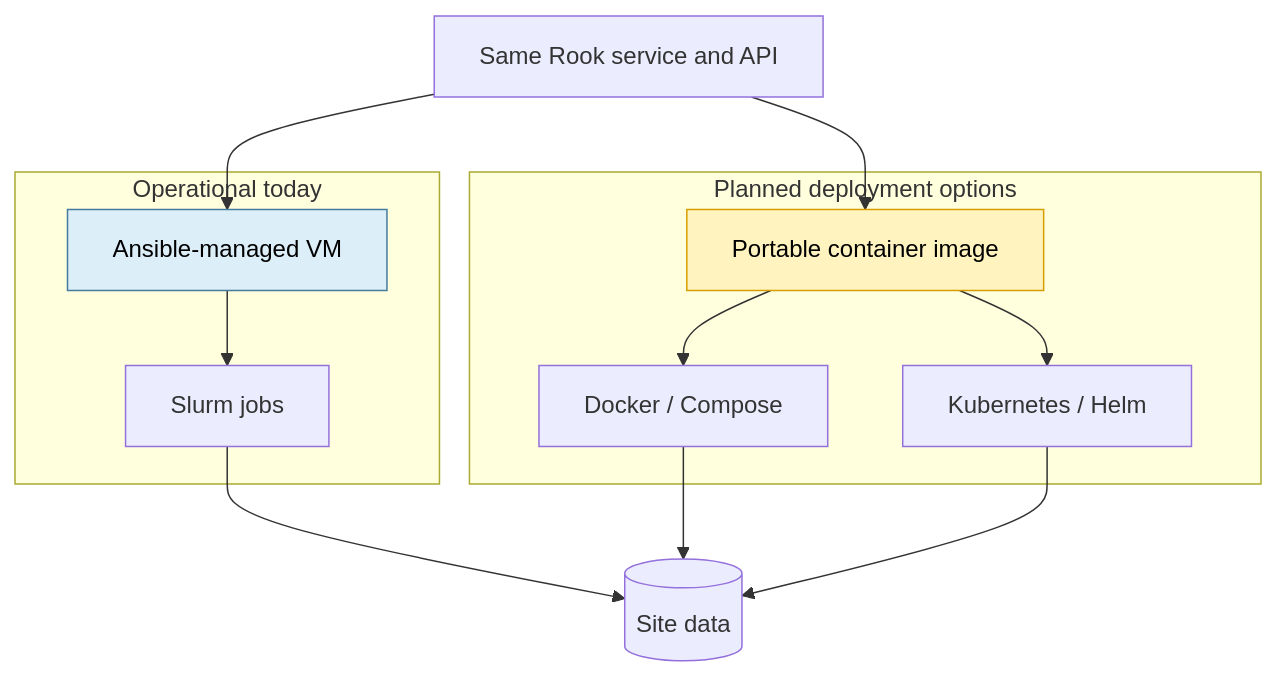
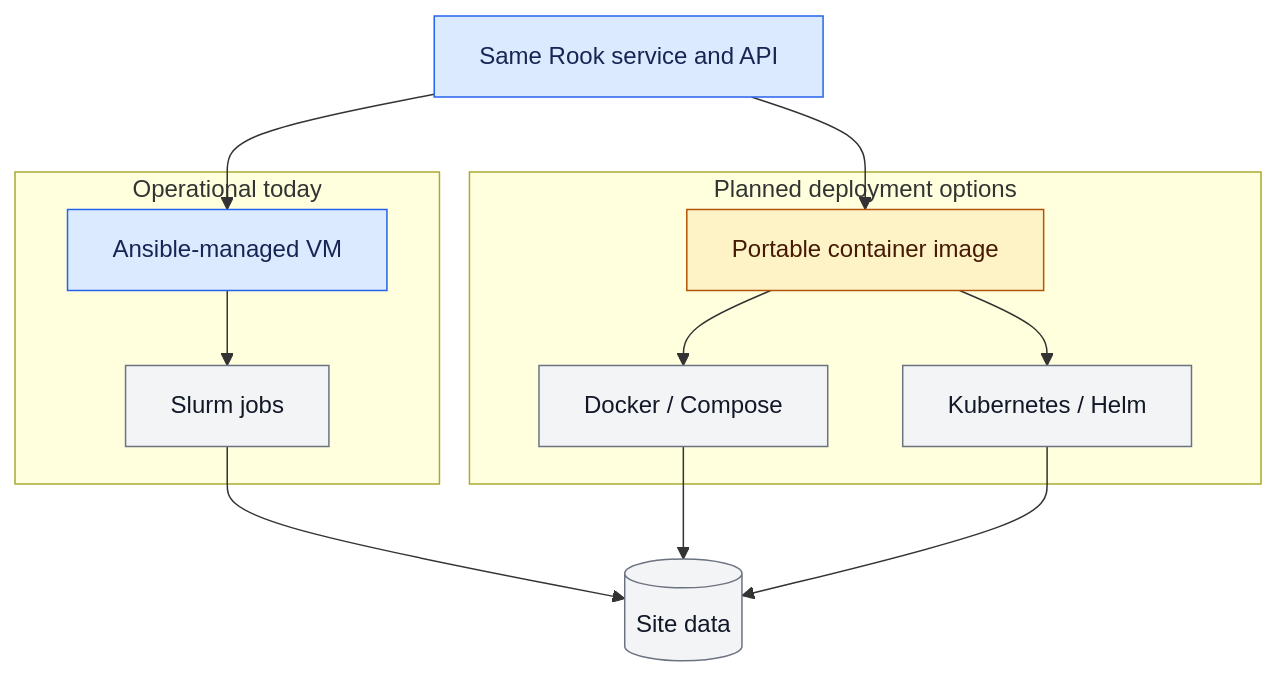
Before and after one commit to roocs/rook: the fifth of 11 diagrams in Rook_WPS_ESGF2_talk_draft.md, drawn with Mermaid. The commit also changed other lines of this file and 8 other files, not shown here.

````diff
--- a/Rook_WPS_ESGF2_talk_draft.md
+++ b/Rook_WPS_ESGF2_talk_draft.md
@@ -214,22 +222,26 @@
 ```mermaid
 flowchart TD
     Rook["Same Rook service and API"]
 
     subgraph Current["Operational today"]
         VM["Ansible-managed VM"] --> Slurm["Slurm jobs"]
     end
 
     subgraph Future["Planned deployment options"]
         Image["Portable container image"] --> Docker["Docker / Compose"]
         Image --> K8s["Kubernetes / Helm"]
     end
 
     Rook --> VM
     Rook --> Image
     Slurm --> Data[("Site data")]
     Docker --> Data
     K8s --> Data
 
-    style VM fill:#dceef8,stroke:#457b9d,color:#000
-    style Image fill:#fff3bf,stroke:#d69e00,color:#000
+    classDef default fill:#f3f4f6,stroke:#6b7280,color:#111827
+    classDef rook fill:#dbeafe,stroke:#2563eb,color:#172554
+    class VM rook
+    classDef new fill:#fef3c7,stroke:#b45309,color:#451a03
+    class Image new
+    class Rook rook
 ```
````
